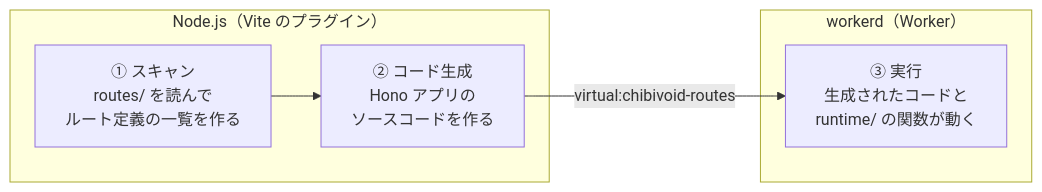
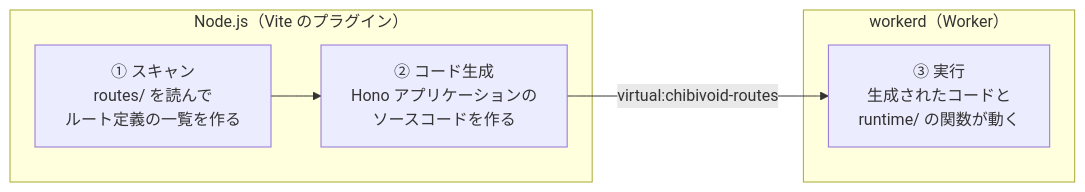
One commit to morinokami/zenn-docs changed the diagram in books/how-void-works/05-server-routing.md. Above: the diagram before and after it, drawn with Mermaid. The commit also changed other lines of this file and 59 other files, not shown here.

````diff
--- a/books/how-void-works/05-server-routing.md
+++ b/books/how-void-works/05-server-routing.md
@@ -30,10 +30,10 @@
 ```mermaid
 flowchart LR
   subgraph node["Node.js（Vite のプラグイン）"]
-    S["① スキャン<br/>routes/ を読んで<br/>ルート定義の一覧を作る"] --> C["② コード生成<br/>Hono アプリの<br/>ソースコードを作る"]
+    S["① スキャン<br/>routes/ を読んで<br/>ルート定義の一覧を作る"] --> C["② コード生成<br/>Hono アプリケーションの<br/>ソースコードを作る"]
   end
   subgraph worker["workerd（Worker）"]
     R["③ 実行<br/>生成されたコードと<br/>runtime/ の関数が動く"]
   end
   C -- "virtual:chibivoid-routes" --> R
 ```
````
